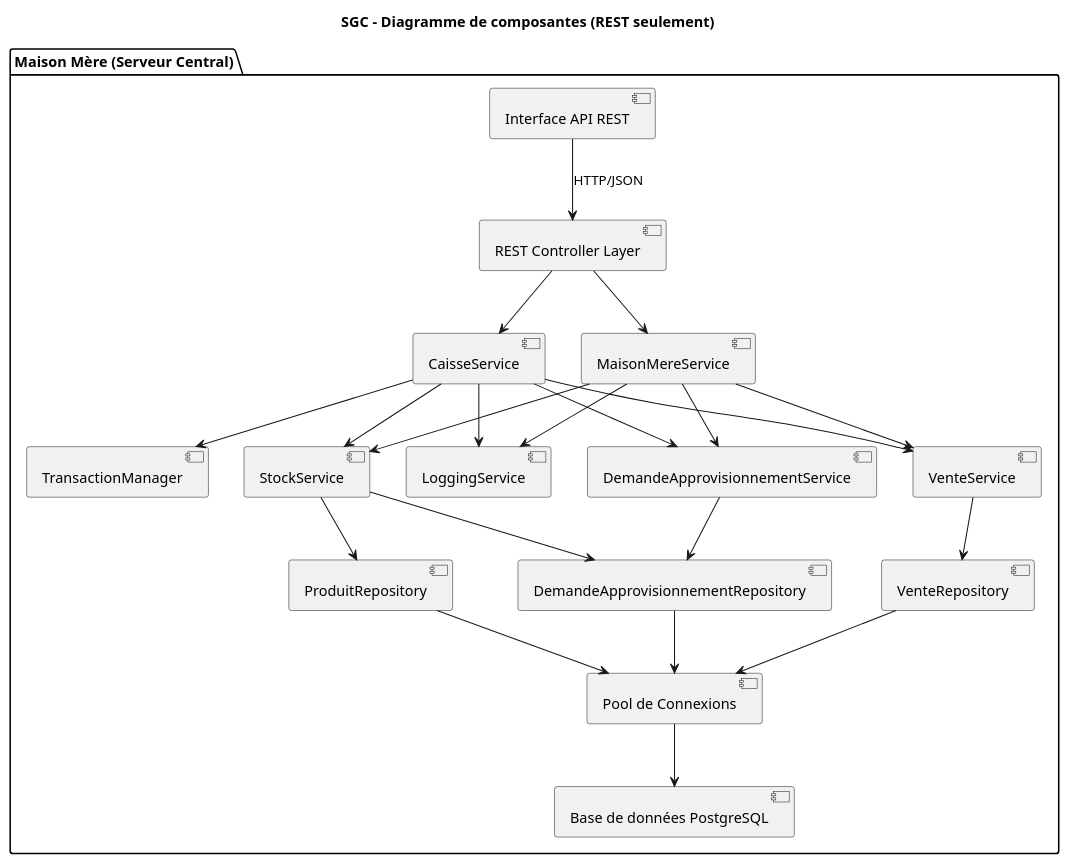
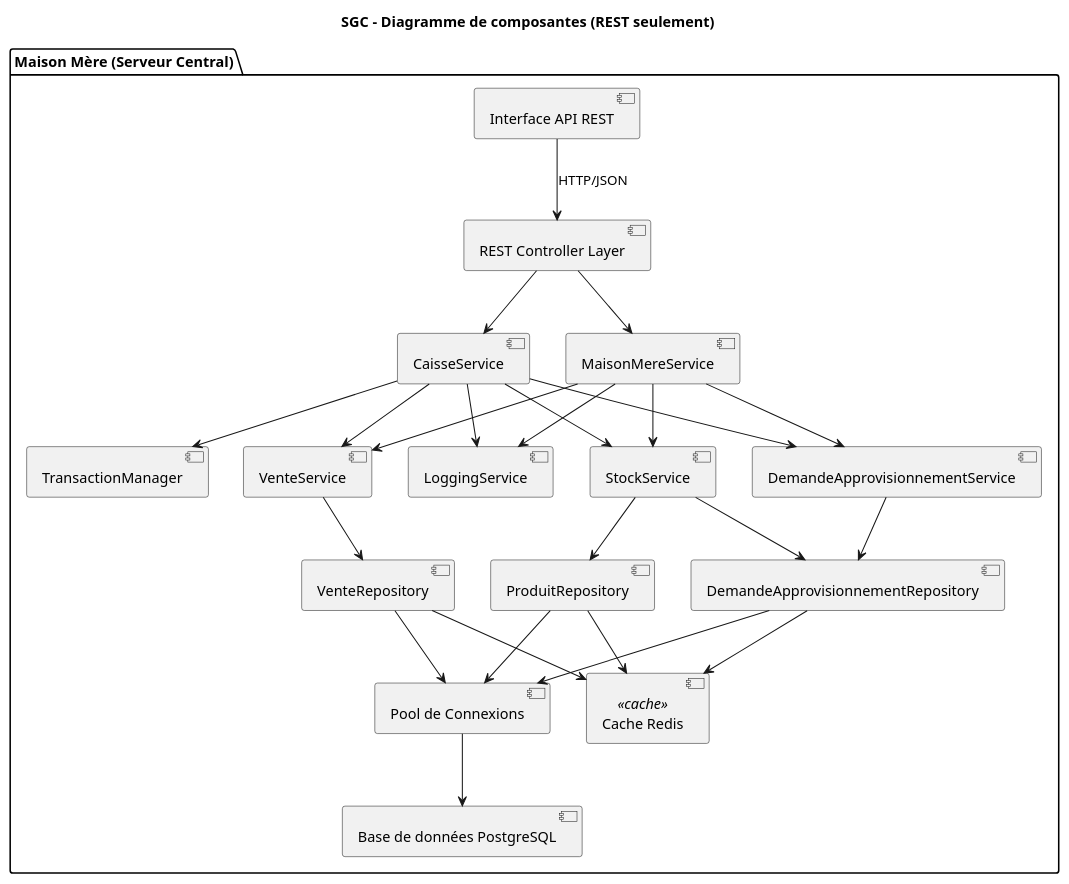
The diagram in docs/UML/DiagrammeDeComposant/DCO.puml (NathanGasseau/LOG430-01-Labo-04), drawn with PlantUML before and after one commit. The commit also changed 10 other files, not shown here.

```diff
--- a/docs/UML/DiagrammeDeComposant/DCO.puml
+++ b/docs/UML/DiagrammeDeComposant/DCO.puml
@@ -1,36 +1,42 @@
 @startuml
 title SGC – Diagramme de composantes (REST seulement)
 
 package "Maison Mère (Serveur Central)" {
 
   [Interface API REST] --> [REST Controller Layer] : HTTP/JSON
 
   [REST Controller Layer] --> [CaisseService]
   [REST Controller Layer] --> [MaisonMereService]
 
   [CaisseService] --> [StockService]
   [CaisseService] --> [VenteService]
   [CaisseService] --> [DemandeApprovisionnementService]
   [CaisseService] --> [TransactionManager]
   [CaisseService] --> [LoggingService]
 
   [MaisonMereService] --> [StockService]
   [MaisonMereService] --> [VenteService]
   [MaisonMereService] --> [DemandeApprovisionnementService]
   [MaisonMereService] --> [LoggingService]
 
   [StockService] --> [ProduitRepository]
   [StockService] --> [DemandeApprovisionnementRepository]
 
   [VenteService] --> [VenteRepository]
 
   [DemandeApprovisionnementService] --> [DemandeApprovisionnementRepository]
 
+  [ProduitRepository] --> [Cache Redis]
+  [VenteRepository] --> [Cache Redis]
+  [DemandeApprovisionnementRepository] --> [Cache Redis]
+
   [ProduitRepository] --> [Pool de Connexions]
   [VenteRepository] --> [Pool de Connexions]
   [DemandeApprovisionnementRepository] --> [Pool de Connexions]
 
   [Pool de Connexions] --> [Base de données PostgreSQL]
+
+  [Cache Redis] <<cache>>
 }
 
 @enduml
```
